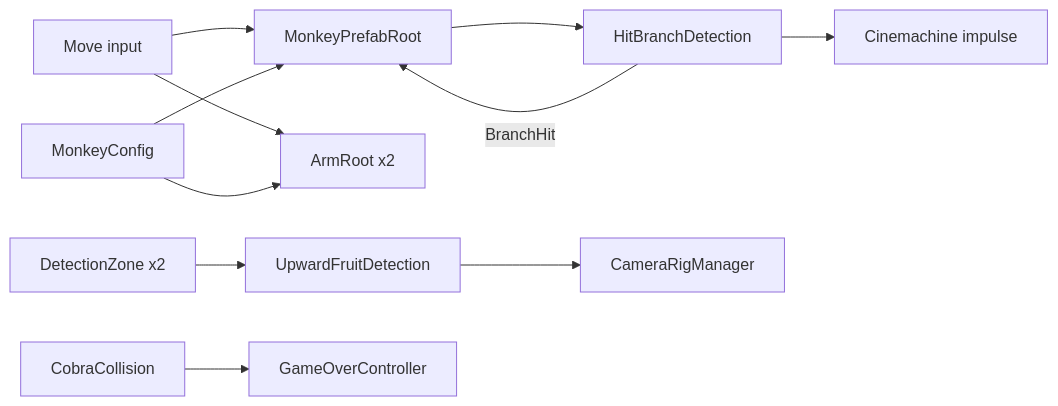
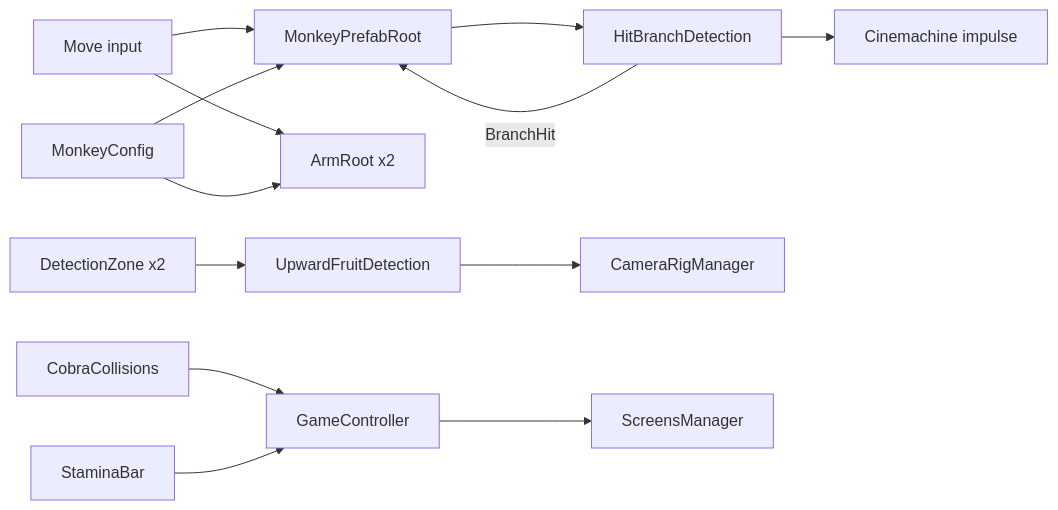
The diagram in CONTEXT.md (kami-lel/monkobra), drawn with Mermaid before and after one commit. The commit also changed other lines of this file and 5 other files, not shown here.

````diff
--- a/CONTEXT.md
+++ b/CONTEXT.md
@@ -50,13 +51,15 @@
 ```mermaid
 graph LR
   Input[Move input] --> Root[MonkeyPrefabRoot]
   Input --> Arm[ArmRoot x2]
   Cfg[MonkeyConfig] --> Root
   Cfg --> Arm
   Root --> Hit[HitBranchDetection]
   Hit -->|BranchHit| Root
   Hit --> Shake[Cinemachine impulse]
   Zones[DetectionZone x2] --> Fruit[UpwardFruitDetection]
   Fruit --> Cam[CameraRigManager]
-  Cobra[CobraCollision] --> Over[GameOverController]
+  Cobra[CobraCollisions] --> Game[GameController]
+  Stamina[StaminaBar] --> Game
+  Game --> Screens[ScreensManager]
 ```
````
